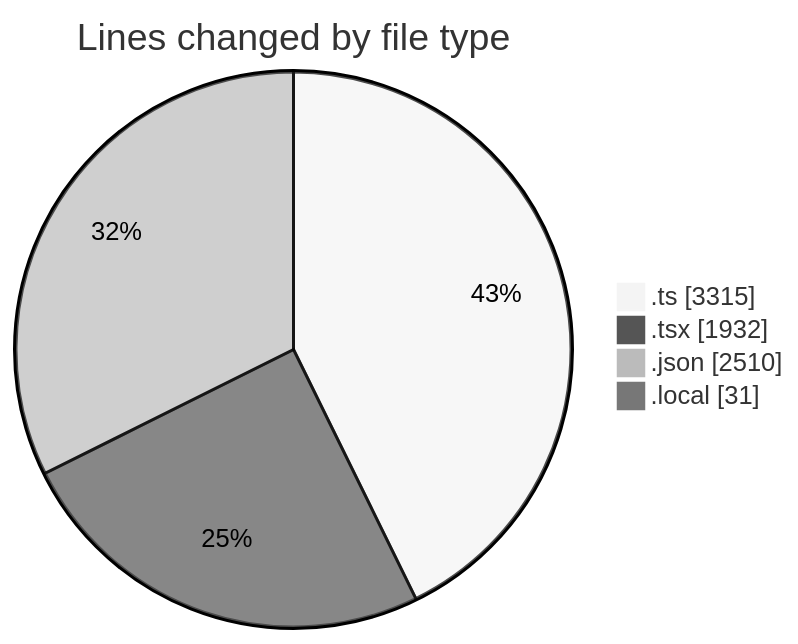
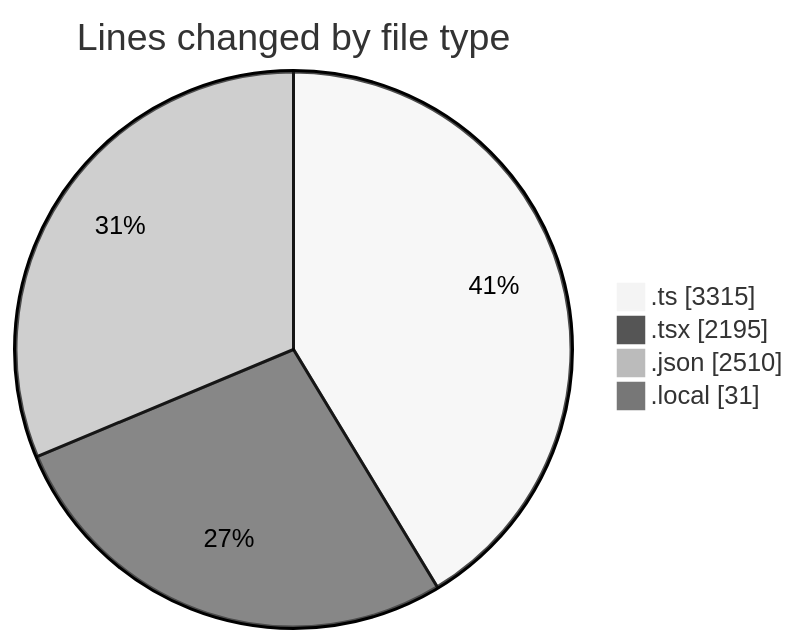
The first of 2 diagrams in 2025-11-10/eventscop-frontend-guide__workspace_/README.md (julien-gomy/code-tracking), drawn with Mermaid (neutral theme) before and after one commit. The commit also changed other lines of this file and 1 other file, not shown here.

````diff
--- a/2025-11-10/eventscop-frontend-guide__workspace_/README.md
+++ b/2025-11-10/eventscop-frontend-guide__workspace_/README.md
@@ -57,8 +59,8 @@
 ```mermaid
 pie showData
 title Lines changed by file type
 ".ts" : 3315
-".tsx" : 1932
+".tsx" : 2195
 ".json" : 2510
 ".local" : 31
 ```
````
